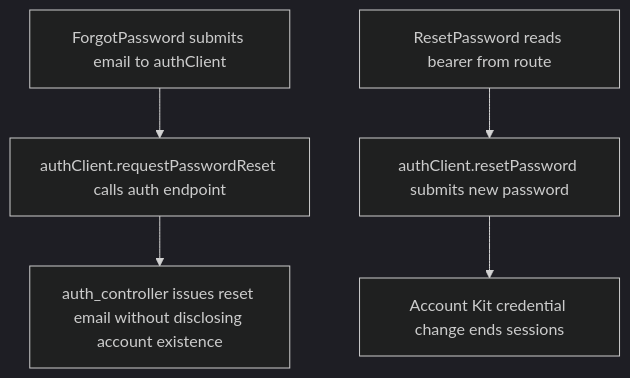
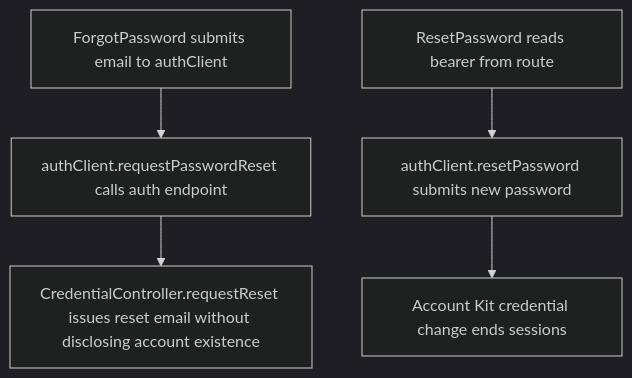
One commit to Kevinjohn/capacitylens changed the second of 2 diagrams in user-stories/settings/US-SET-13-password-reset-links.md. Above: the diagram before and after it, drawn with Mermaid (dark theme). The commit also changed other lines of this file and 119 other files, not shown here.

First line of the commit message:
docs: correct story text and flow diagrams against current source

````diff
--- a/user-stories/settings/US-SET-13-password-reset-links.md
+++ b/user-stories/settings/US-SET-13-password-reset-links.md
@@ -28,7 +28,7 @@
 ```mermaid
 flowchart TD
   forgot["ForgotPassword submits email to authClient"] --> request["authClient.requestPasswordReset calls auth endpoint"]
-  request --> email["auth_controller issues reset email without disclosing account existence"]
+  request --> email["CredentialController.requestReset issues reset email without disclosing account existence"]
   link["ResetPassword reads bearer from route"] --> submit["authClient.resetPassword submits new password"]
   submit --> session["Account Kit credential change ends sessions"]
 ```
````
